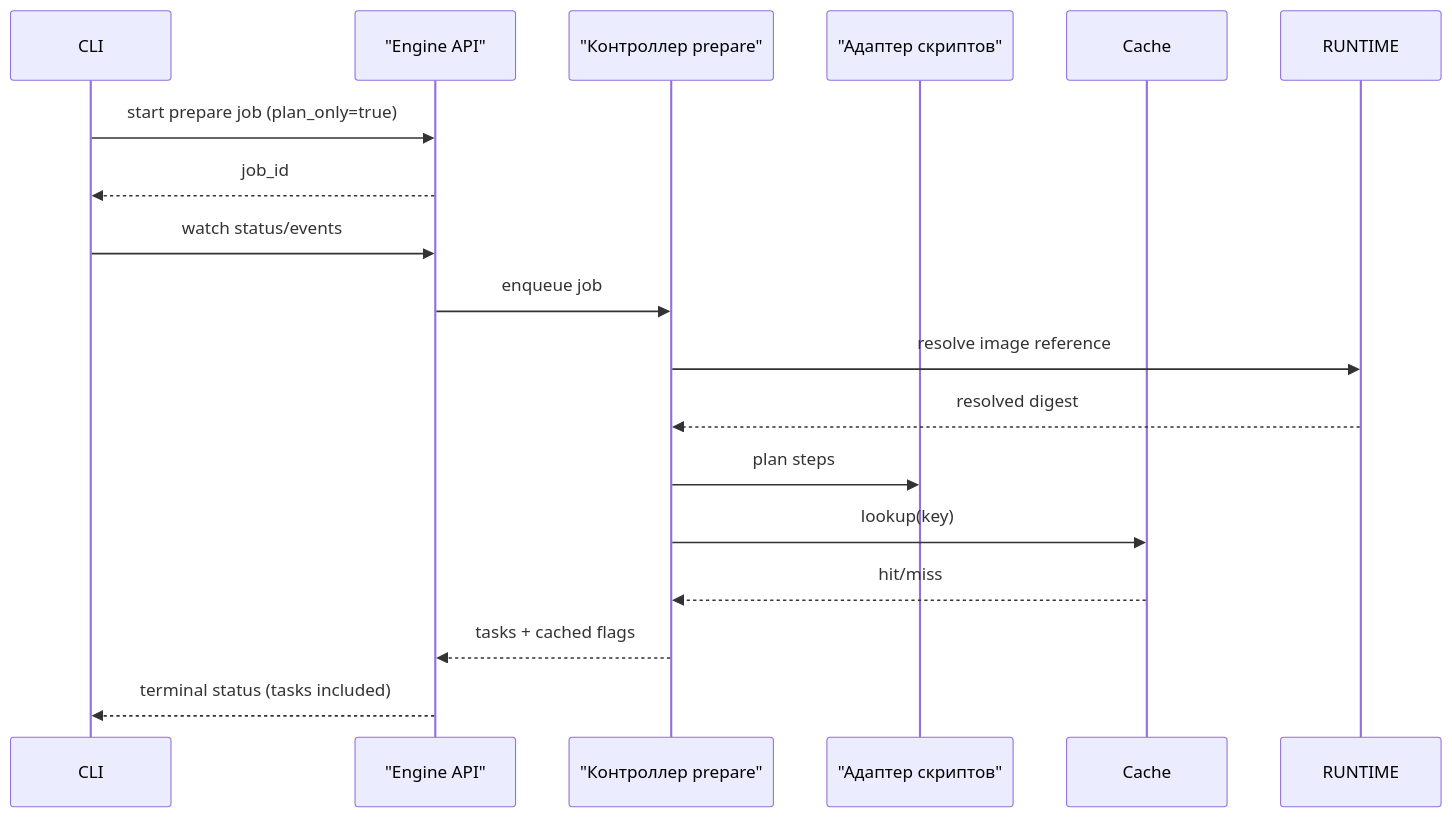
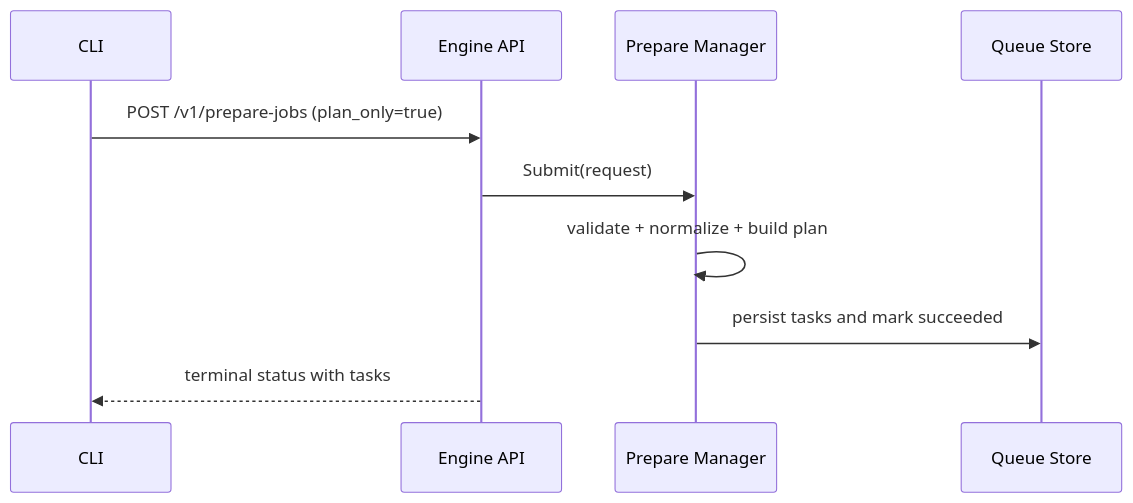
The third of 5 diagrams in docs/architecture/engine-internals.RU.md (kimak-irmagi/taidon), drawn with Mermaid before and after one commit. The commit also changed other lines of this file and 9 other files, not shown here.

````diff
--- a/docs/architecture/engine-internals.RU.md
+++ b/docs/architecture/engine-internals.RU.md
@@ -238,20 +167,13 @@
 ```mermaid
 sequenceDiagram
   participant CLI as CLI
-  participant API as "Engine API"
-  participant CTRL as "Контроллер prepare"
-  participant ADAPTER as "Адаптер скриптов"
-  participant CACHE as Cache
+  participant API as Engine API
+  participant PREP as Prepare Manager
+  participant QUEUE as Queue Store
 
-  CLI->>API: start prepare job (plan_only=true)
-  API-->>CLI: job_id
-  CLI->>API: watch status/events
-  API->>CTRL: enqueue job
-  CTRL->>RUNTIME: resolve image reference
-  RUNTIME-->>CTRL: resolved digest
-  CTRL->>ADAPTER: plan steps
-  CTRL->>CACHE: lookup(key)
-  CACHE-->>CTRL: hit/miss
-  CTRL-->>API: tasks + cached flags
-  API-->>CLI: terminal status (tasks included)
+  CLI->>API: POST /v1/prepare-jobs (plan_only=true)
+  API->>PREP: Submit(request)
+  PREP->>PREP: validate + normalize + build plan
+  PREP->>QUEUE: persist tasks and mark succeeded
+  API-->>CLI: terminal status with tasks
 ```
````
